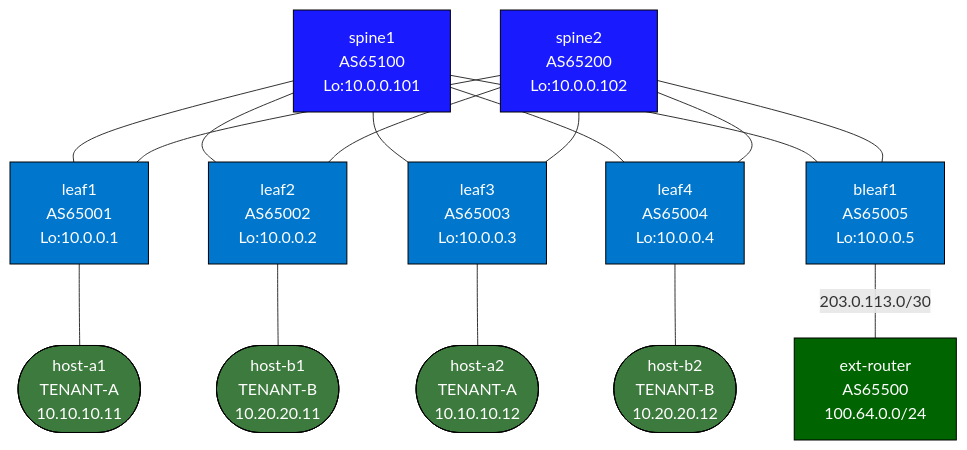
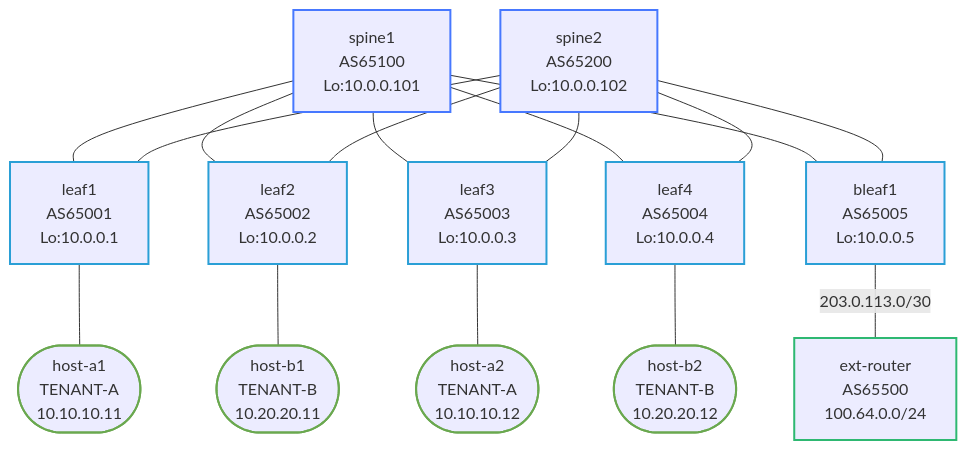
One commit to jschless/networkingLabs changed the diagram in labs/evpn-border-ceos/README.md. Above: the diagram before and after it, drawn with Mermaid. The commit also changed 250 other files, not shown here.

Commit message:
Fix unreadable topology diagrams, convert ASCII art, publish assessments (#57)

````diff
--- a/labs/evpn-border-ceos/README.md
+++ b/labs/evpn-border-ceos/README.md
@@ -9,32 +9,32 @@
 ```mermaid
 flowchart TB
-    spine1["spine1\nAS65100\nLo:10.0.0.101"]
-    spine2["spine2\nAS65200\nLo:10.0.0.102"]
-    leaf1["leaf1\nAS65001\nLo:10.0.0.1"]
-    leaf2["leaf2\nAS65002\nLo:10.0.0.2"]
-    leaf3["leaf3\nAS65003\nLo:10.0.0.3"]
-    leaf4["leaf4\nAS65004\nLo:10.0.0.4"]
-    bleaf1["bleaf1\nAS65005\nLo:10.0.0.5"]
-    ext["ext-router\nAS65500\n100.64.0.0/24"]
-    ha1(["host-a1\nTENANT-A\n10.10.10.11"])
-    hb1(["host-b1\nTENANT-B\n10.20.20.11"])
-    ha2(["host-a2\nTENANT-A\n10.10.10.12"])
-    hb2(["host-b2\nTENANT-B\n10.20.20.12"])
+    spine1["spine1<br/>AS65100<br/>Lo:10.0.0.101"]
+    spine2["spine2<br/>AS65200<br/>Lo:10.0.0.102"]
+    leaf1["leaf1<br/>AS65001<br/>Lo:10.0.0.1"]
+    leaf2["leaf2<br/>AS65002<br/>Lo:10.0.0.2"]
+    leaf3["leaf3<br/>AS65003<br/>Lo:10.0.0.3"]
+    leaf4["leaf4<br/>AS65004<br/>Lo:10.0.0.4"]
+    bleaf1["bleaf1<br/>AS65005<br/>Lo:10.0.0.5"]
+    ext["ext-router<br/>AS65500<br/>100.64.0.0/24"]
+    ha1(["host-a1<br/>TENANT-A<br/>10.10.10.11"])
+    hb1(["host-b1<br/>TENANT-B<br/>10.20.20.11"])
+    ha2(["host-a2<br/>TENANT-A<br/>10.10.10.12"])
+    hb2(["host-b2<br/>TENANT-B<br/>10.20.20.12"])
 
     spine1 --- leaf1 & leaf2 & leaf3 & leaf4 & bleaf1
     spine2 --- leaf1 & leaf2 & leaf3 & leaf4 & bleaf1
     leaf1 --- ha1
     leaf2 --- hb1
     leaf3 --- ha2
     leaf4 --- hb2
     bleaf1 -- "203.0.113.0/30" --- ext
 
-    classDef spine fill:#1a1aff,color:#fff,stroke:#000
-    classDef vtep  fill:#0077cc,color:#fff,stroke:#000
-    classDef host  fill:#3d7a3d,color:#fff,stroke:#000
-    classDef ce    fill:#006400,color:#fff,stroke:#000
+    classDef spine stroke:#4778ff,stroke-width:2px
+    classDef vtep stroke:#2a9fd6,stroke-width:2px
+    classDef host stroke:#6aa84f,stroke-width:2px
+    classDef ce stroke:#2eb872,stroke-width:2px
     class spine1,spine2 spine
     class leaf1,leaf2,leaf3,leaf4,bleaf1 vtep
     class ha1,hb1,ha2,hb2 host
     class ext ce
 ```
````
